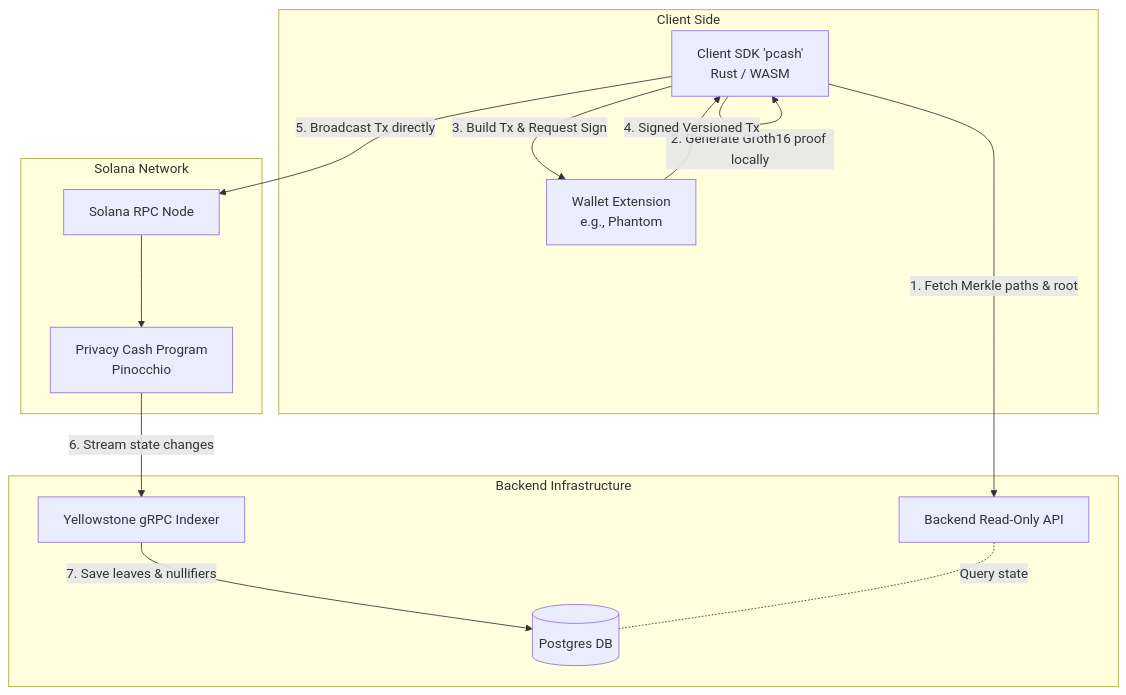
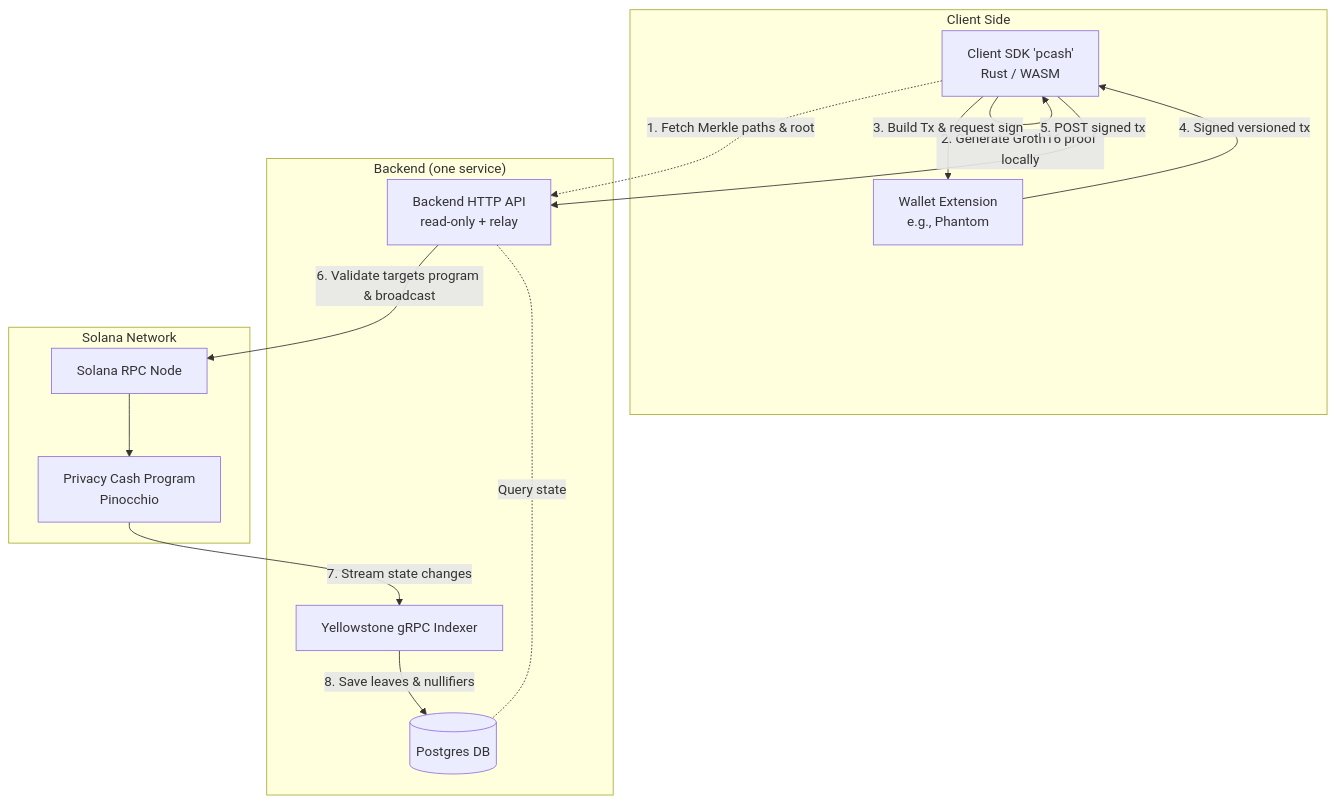
The diagram in project_architecture.md (CharonProtocol/charon-cash), drawn with Mermaid before and after one commit. The commit also changed other lines of this file and 36 other files, not shown here.

Commit message:
updated sdk so that i don't call any rpc from frontend.

````diff
--- a/project_architecture.md
+++ b/project_architecture.md
@@ -11,29 +13,31 @@
 ```mermaid
 graph TD
     subgraph "Client Side"
         SDK[Client SDK 'pcash'<br/>Rust / WASM]
         Wallet[Wallet Extension<br/>e.g., Phantom]
     end
 
+    subgraph "Backend (one service)"
+        API[Backend HTTP API<br/>read-only + relay]
+        Indexer[Yellowstone gRPC Indexer]
+        DB[(Postgres DB)]
+    end
+
     subgraph "Solana Network"
         RPC[Solana RPC Node]
         Program[Privacy Cash Program<br/>Pinocchio]
     end
 
-    subgraph "Backend Infrastructure"
-        API[Backend Read-Only API]
-        Indexer[Yellowstone gRPC Indexer]
-        DB[(Postgres DB)]
-    end
-
-    %% Flow Steps
-    SDK -- "1. Fetch Merkle paths & root" --> API
+    %% Read + submit path
+    SDK -. "1. Fetch Merkle paths & root" .-> API
     SDK -- "2. Generate Groth16 proof locally" --> SDK
-    SDK -- "3. Build Tx & Request Sign" --> Wallet
-    Wallet -- "4. Signed Versioned Tx" --> SDK
-    SDK -- "5. Broadcast Tx directly" --> RPC
+    SDK -- "3. Build Tx & request sign" --> Wallet
+    Wallet -- "4. Signed versioned tx" --> SDK
+    SDK -- "5. POST signed tx" --> API
+    API -- "6. Validate targets program & broadcast" --> RPC
     RPC --> Program
-    Program -- "6. Stream state changes" --> Indexer
-    Indexer -- "7. Save leaves & nullifiers" --> DB
+    %% Indexing path
+    Program -- "7. Stream state changes" --> Indexer
+    Indexer -- "8. Save leaves & nullifiers" --> DB
     API -. "Query state" .- DB
 ```
````
